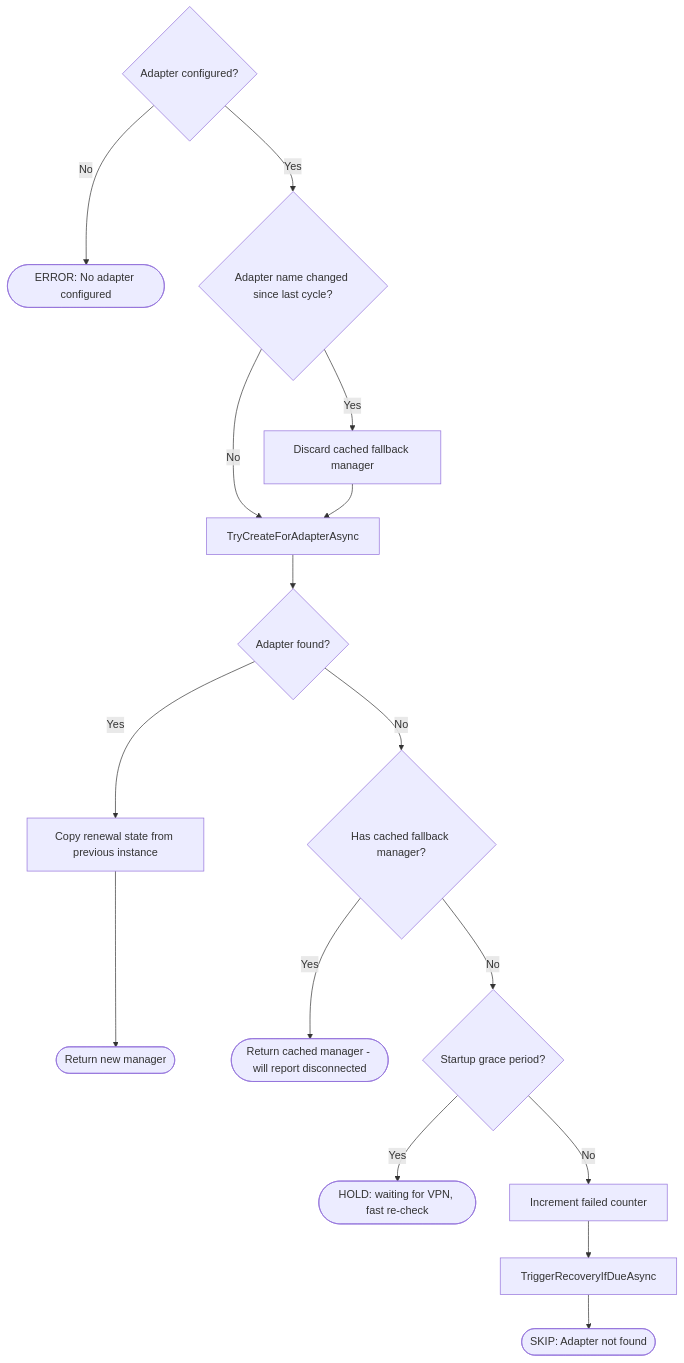
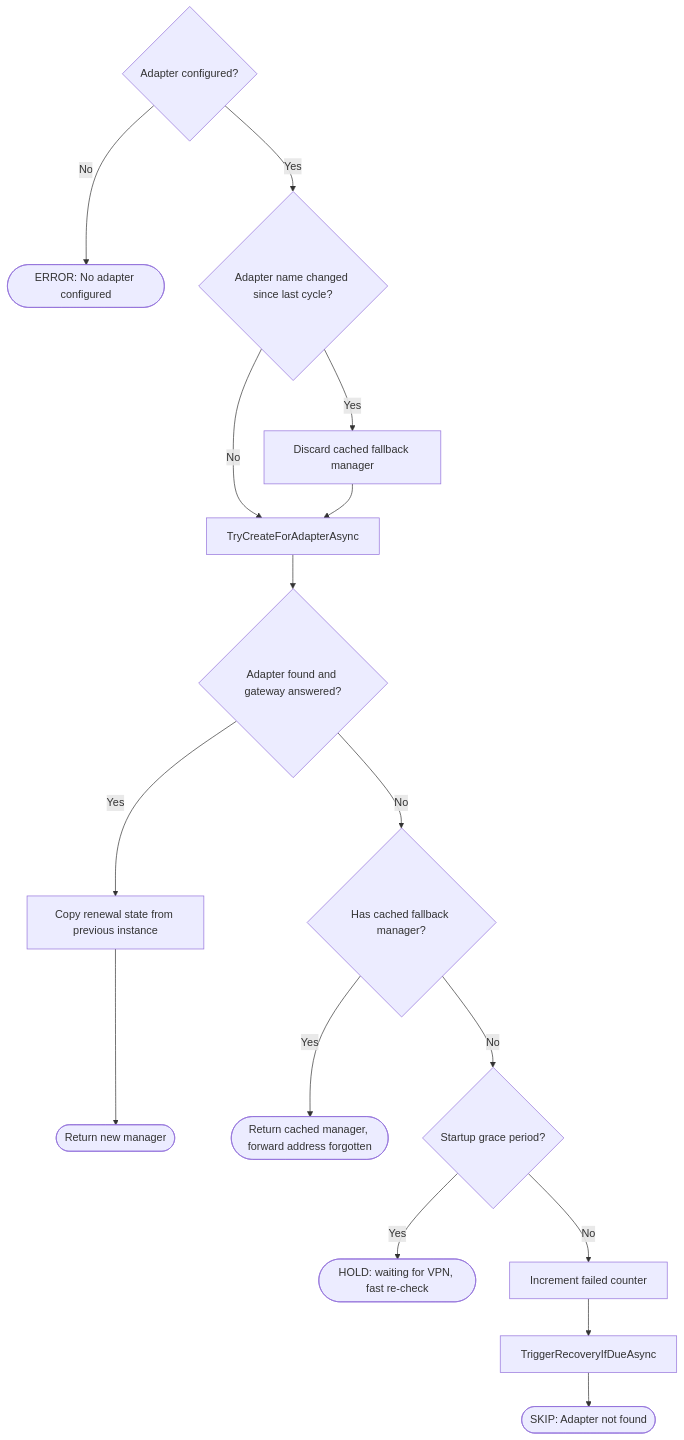
The second of 2 diagrams in docs/SYNC-CYCLE.md (martsg666/qbPortWeaver), drawn with Mermaid before and after one commit. The commit also changed other lines of this file and 7 other files, not shown here.

````diff
--- a/docs/SYNC-CYCLE.md
+++ b/docs/SYNC-CYCLE.md
@@ -103,18 +103,18 @@
 ```mermaid
 flowchart TD
     A{Adapter configured?} -- No --> ERR([ERROR: No adapter configured])
     A -- Yes --> B{Adapter name changed since last cycle?}
     B -- Yes --> DISCARD[Discard cached fallback manager]
     B -- No --> C
     DISCARD --> C[TryCreateForAdapterAsync]
-    C --> D{Adapter found?}
+    C --> D{Adapter found and gateway answered?}
     D -- Yes --> COPY[Copy renewal state from previous instance]
     COPY --> RETURN([Return new manager])
     D -- No --> E{Has cached fallback manager?}
-    E -- Yes --> FALLBACK([Return cached manager - will report disconnected])
+    E -- Yes --> FALLBACK([Return cached manager, forward address forgotten])
     E -- No --> GRACE{Startup grace period?}
     GRACE -- Yes --> HOLD([HOLD: waiting for VPN, fast re-check])
     GRACE -- No --> F[Increment failed counter]
     F --> G[TriggerRecoveryIfDueAsync]
     G --> SKIP_STATUS([SKIP: Adapter not found])
 ```
````
